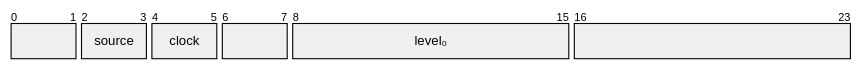
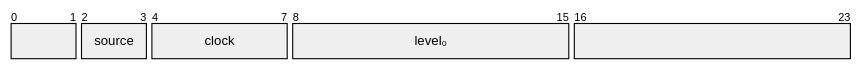
Before and after one commit to bwoods/Architecture: the first of 3 diagrams in examples/foundations/text/storage/pos/README.md, drawn with Mermaid. The commit also changed other lines of this file and 4 other files, not shown here.

````diff
--- a/examples/foundations/text/storage/pos/README.md
+++ b/examples/foundations/text/storage/pos/README.md
@@ -16,9 +16,9 @@
 ```mermaid
 packet
     +2: ""
     +2: "source"
-    +2: "clock"
-    +2: ""
+    +4: "clock"
+
     +8: "level₀"
     +8: ""
 ```
````
